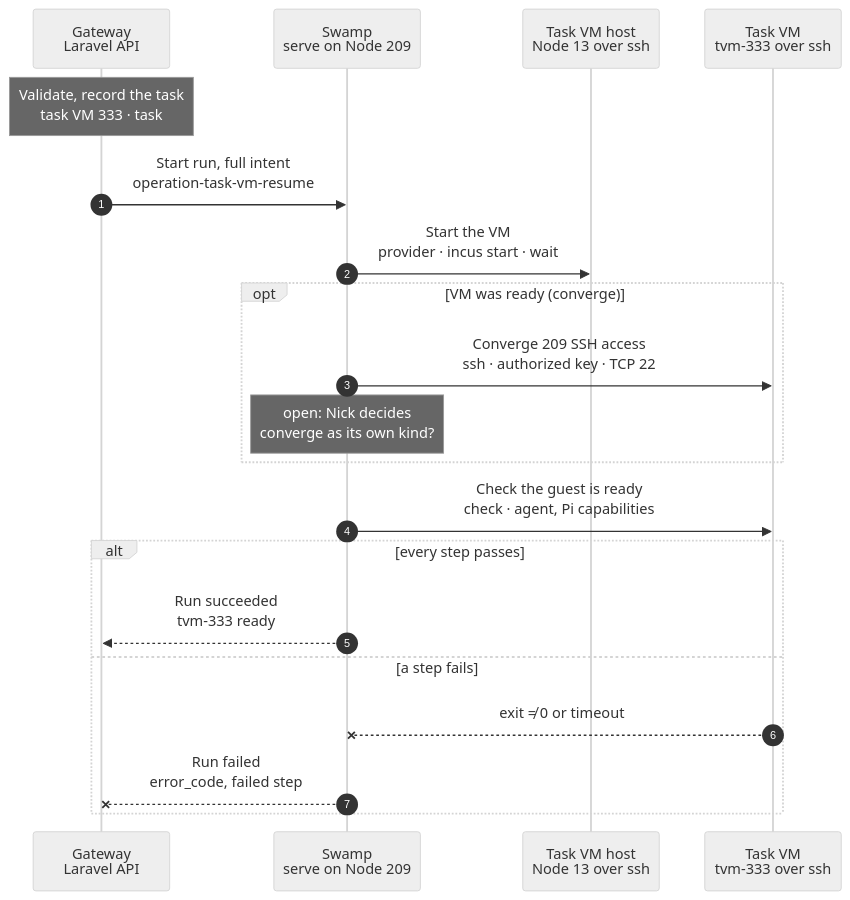
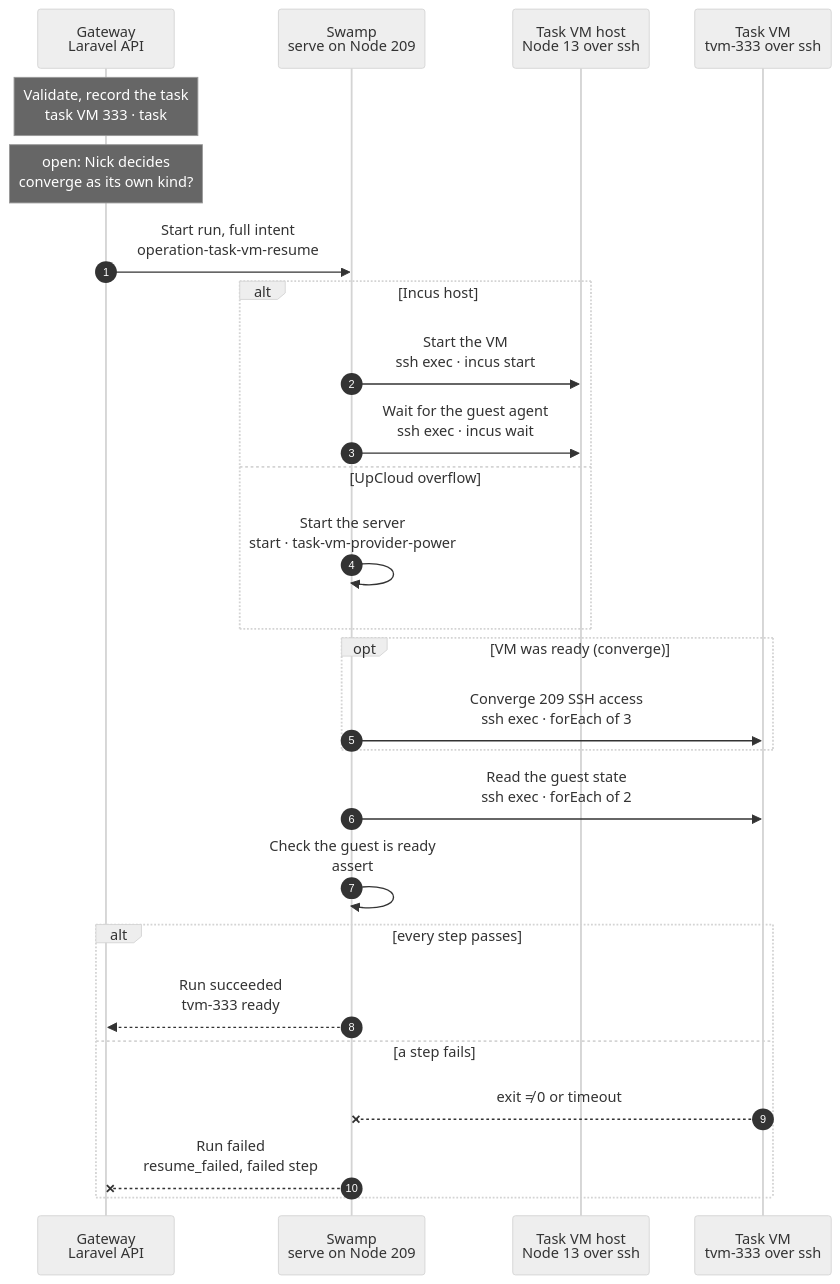
One commit to hardimpactdev/orbit changed the diagram in docs/cli/tasks/vm-resume.mmd. Above: the diagram before and after it, drawn with Mermaid (neutral theme).

Commit message:
docs(task-vms): resume chart, tightened
The first pass promised one argv that starts the VM and waits for its
agent, and one guarded start; Incus needs two commands, and a guard needs
a read first. The start is now one pinned exec that counts a running VM
as started, followed by Incus's own bounded agent wait (rules 22, 16);
UpCloud keeps its provider-power start. The end check is one forEach read
of the agent status and the Pi capabilities over the recorded host key
pin, and a native assert (rule 9). The run prints no result and no longer
re-collects the host key through the SSH preparation child; the Gateway
reads the step statuses and refuses an ineligible VM at dispatch (rules
14, 15, 2). The open converge question moves to the Gateway lane, since
it is no Swamp step.

Common resume path: 4 numbered steps before over about 30 workflow steps
(the provider-power and SSH preparation children were hidden), 6 after,
each one workflow step.

```diff
--- a/docs/cli/tasks/vm-resume.mmd
+++ b/docs/cli/tasks/vm-resume.mmd
@@ -1,77 +1,81 @@
 sequenceDiagram
-  %% Target design: swamp/workflows/workflow-operation-task-vm-resume.yaml (+ task-vm-provider-power, task-vm-ssh-prepare children), docs/reference/compute-drivers.md, docs/reference/task-vm-native-resume.md, docs/reference/tasks.md, DECISIONS R1-R4.
-  %% Tightened: flow-tighten 2026-11-02, rules 1, 2, 6, 7, 9, 10, 14, 15, 16, 20, 22 (one guarded start with its bounded wait; SSH preparation only when converging; one end check, no digest re-check or result print).
+  %% Target design: swamp/workflows/workflow-operation-task-vm-resume.yaml (+ task-vm-provider-power for UpCloud), docs/reference/compute-drivers.md, docs/reference/task-vm-native-resume.md, docs/reference/tasks.md, DECISIONS R1-R4.
+  %% Tightened: flow-tighten 2026-11-02 (second pass), rules 22 (start and the agent wait are two commands, so two pinned exec steps; no provider-power child for Incus), 16 (no read before the start: a VM that already runs counts as started, and the agent wait proves it), 9 (one read of the agent and the Pi, one native `assert`), 14 (no `result` print; the Gateway reads the step statuses, and the recorded host key pin stays), 15 (no `eligible` assert: the Gateway refuses an ineligible VM at dispatch), 2 (resume no longer runs the SSH preparation child; package and host keys stay with provision).
   %% status: draft
   %% command: none · a workspace operation wakes the VM
   %% kind: task_vm.resume
   autonumber
   %% lane GW icon=gateway pill=intent tone=blue
   %% lane SW icon=workflow pill=executes tone=green
   %% lane H icon=server pill=target tone=amber
   %% lane VM icon=server pill=target tone=purple
   participant GW as Gateway<br/>Laravel API
   participant SW as Swamp<br/>serve on Node 209
   participant H as Task VM host<br/>Node 13 over ssh
   participant VM as Task VM<br/>tvm-333 over ssh
   Note over GW: Validate, record the task<br/>task VM 333 · task #5181 · Node 13
   %%> Started by:
   %%> - `WakeTaskVmAction`, when a workspace operation needs parked VM 333 or finds a `ready` VM stopped
   %%> - the operator command `task-vms:resume 333` on the Gateway; there is no orbit CLI command
   %%> Requirements:
-  %%> - task VM 333 is `parked`, or `ready` for a convergence
+  %%> - task VM 333 is `parked`, or `ready` for a convergence; its guest Node has a recorded host key
   %%> - no other task holds `task_vm:333`; a repeated admission returns the same open task
   %%> Result:
   %%> - task #5181 records the host, the VM, guest Node 340, its recorded host key pin and mode `resume` or `converge`
   %%> - clears the stop proof; for UpCloud, a vault copy of the API token
+  Note over GW: open: Nick decides<br/>converge as its own kind?
+  %%> Why:
+  %%> - convergence of a running VM shares this kind today; it is not a resume
   GW->>SW: Start run, full intent<br/>operation-task-vm-resume
   %%> What it does:
   %%> - starts one Swamp run on serve (Node 209)
   %%> Inputs:
   %%> - the intent and `execution_secrets` as vault key names
-  %%> - the input schema validates the intent; no `eligible` assert re-checks it (rule 15)
-  SW->>H: Start the VM<br/>provider · incus start · wait
-  %%> What it does:
-  %%> - one argv on Node 13: `incus start tvm-333`, then `incus wait tvm-333 agent --timeout 120`
-  %%> - a `guard` skips the start when the VM already runs (rule 20)
-  %%> Per provider:
-  %%> - UpCloud overflow: the API start from 209, with the token from the vault, then one bounded observation
-  %%> Replaces:
-  %%> - `input`, `incus-before`, `before`, `incus-action`, `incus-after` and `result` of `task-vm-provider-power`
+  %%> - the Gateway refuses a VM that left its admitted state at dispatch; no `eligible` assert re-checks it (rule 15)
+  alt Incus host
+    SW->>H: Start the VM<br/>ssh exec · incus start
+    %%> How:
+    %%> - one pinned `@swamp/ssh exec` argv: `sudo timeout 60 incus start --project orbit-tasks -- tvm-333`
+    %%> - a VM that already runs counts as started; the next step proves it (rule 16)
+    SW->>H: Wait for the guest agent<br/>ssh exec · incus wait
+    %%> How:
+    %%> - `sudo timeout 130 incus wait --project orbit-tasks tvm-333 agent --timeout 120`: Incus's own bounded wait
+  else UpCloud overflow
+    SW->>SW: Start the server<br/>start · task-vm-provider-power
+    %%> How:
+    %%> - the API start from 209 with the token from the vault, then one bounded observation
+  end
   opt VM was ready (converge)
-    SW->>VM: Converge 209 SSH access<br/>ssh · authorized key · TCP 22
+    SW->>VM: Converge 209 SSH access<br/>ssh exec · forEach of 3
     %%> When:
     %%> - mode `converge`; a parked VM kept its SSH access on its disk, so a resume skips this (rule 1)
     %%> What it does:
-    %%> - one pinned exec each for 209's authorized key, the TCP 22 rule for 209 and `sshd`
-    %%> Replaces:
-    %%> - the `task-vm-ssh-prepare` child; `package` and `host-keys` belong to provision (rule 2)
-    Note over SW: open: Nick decides<br/>converge as its own kind?
-    %%> Why:
-    %%> - convergence of a running VM shares this kind today; it is not a resume
+    %%> - one exec each, through `incus exec` on the host or the pinned guest SSH on UpCloud: 209's authorized key, the TCP 22 rule for 209 and `sshd`
   end
-  SW->>VM: Check the guest is ready<br/>check · agent, Pi capabilities
+  SW->>VM: Read the guest state<br/>ssh exec · forEach of 2
   %%> What it does:
-  %%> - one pinned exec over WireGuard reads `orbit-agent` status and the Pi capabilities with the Pi token file; Swamp's `assert` checks them
+  %%> - two pinned execs over WireGuard with the recorded host key: `systemctl is-active orbit-agent`, and the Pi capabilities with the Pi token file
   %%> Not included:
   %%> - the Pi build digest check: the parked disk holds the build that provision proved (rule 1)
-  %%> Replaces:
-  %%> - `artifact`, `pi`, `runtime-confirmed` and the `result` print (rules 9, 14)
+  SW->>SW: Check the guest is ready<br/>assert
+  %%> End check:
+  %%> - a native `assert`: the agent is `active` and the Pi answered
   alt every step passes
     SW-->>GW: Run succeeded<br/>tvm-333 ready
     %%> How the Gateway learns it:
-    %%> - its run reader sees the terminal event and reads the `check` step's outputs
+    %%> - its run reader sees the terminal event and reads the run once
     %%> Result:
     %%> - task VM 333 is `ready`; the waiting workspace operation goes on
     %%> - task #5181 succeeds
   else a step fails
     VM--xSW: exit ≠ 0 or timeout
     %%> When:
     %%> - the VM does not start within 120 seconds, or the agent or Pi does not answer
-    SW--xGW: Run failed<br/>error_code, failed step
+    SW--xGW: Run failed<br/>resume_failed, failed step
     %%> Result:
-    %%> - task #5181 fails; a parked VM 333 becomes `failed` with the error
+    %%> - task #5181 fails with `task_vm.resume_failed`; a parked VM 333 becomes `failed` with the error
     %%> On the Node:
     %%> - the VM may stay running; there is no rollback
     %%> Retry:
     %%> - a failed VM stays final; the group asks for assistance, and `tasks:cancel` destroys the VM
   end
```
